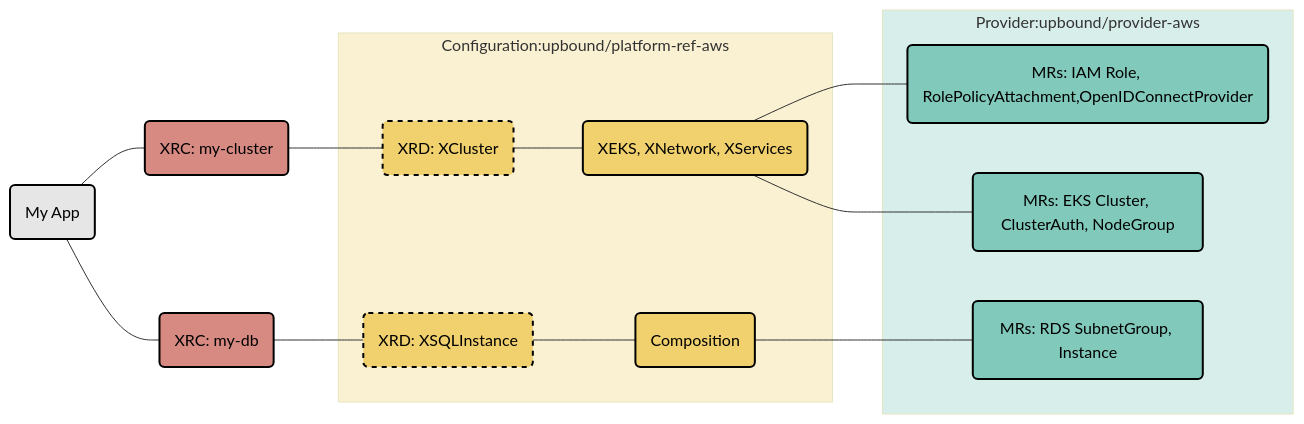
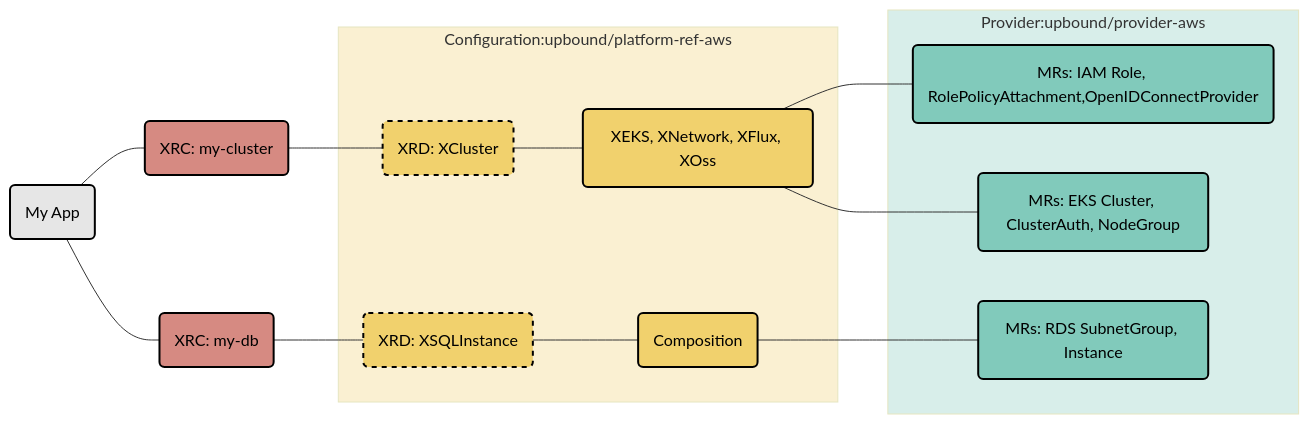
Before and after one commit to upbound/platform-ref-aws: the diagram in README.md, drawn with Mermaid. The commit also changed other lines of this file and 1 other file, not shown here.

````diff
--- a/README.md
+++ b/README.md
@@ -26,30 +23,30 @@
 ```mermaid
 graph LR;
     MyApp(My App)---MyCluster(XRC: my-cluster);
     MyCluster---XRD1(XRD: XCluster);
     MyApp---MyDB(XRC: my-db);
     MyDB---XRD2(XRD: XSQLInstance);
 		subgraph Configuration:upbound/platform-ref-aws;
-	    XRD1---Composition(XEKS, XNetwork, XServices);
+	    XRD1---Composition(XEKS, XNetwork, XFlux, XOss);
 	    XRD2---Composition2(Composition);
 		end
 		subgraph Provider:upbound/provider-aws
 	    Composition---IAM.MRs(MRs: IAM Role, RolePolicyAttachment,OpenIDConnectProvider);
 	    Composition---EKS.MRs(MRs: EKS Cluster, ClusterAuth, NodeGroup);
 	    Composition2---RDS.MRs(MRs: RDS SubnetGroup, Instance);
 		end
 
 style MyApp color:#000,fill:#e6e6e6,stroke:#000,stroke-width:2px
 style MyCluster color:#000,fill:#D68A82,stroke:#000,stroke-width:2px
 style MyDB color:#000,fill:#D68A82,stroke:#000,stroke-width:2px
 style Configuration:upbound/platform-ref-aws fill:#f1d16d,opacity:0.3
 style Provider:upbound/provider-aws fill:#81CABB,opacity:0.3
 style XRD1 color:#000,fill:#f1d16d,stroke:#000,stroke-width:2px,stroke-dasharray: 5 5
 style XRD2 color:#000,fill:#f1d16d,stroke:#000,stroke-width:2px,stroke-dasharray: 5 5
 style Composition color:#000,fill:#f1d16d,stroke:#000,stroke-width:2px
 style Composition2 color:#000,fill:#f1d16d,stroke:#000,stroke-width:2px
 
 style IAM.MRs color:#000,fill:#81CABB,stroke:#000,stroke-width:2px
 style EKS.MRs color:#000,fill:#81CABB,stroke:#000,stroke-width:2px
 style RDS.MRs color:#000,fill:#81CABB,stroke:#000,stroke-width:2px
 ```
````
